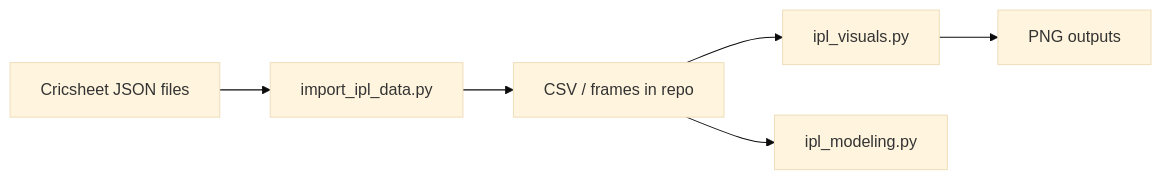
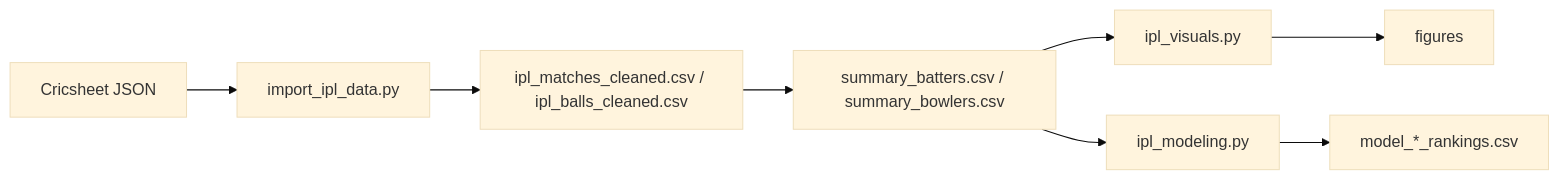
Before and after one commit to Aneesh495/ipl: the diagram in README.md, drawn with Mermaid (base theme). The commit also changed other lines of this file, not shown here.

Commit message:
Detail cleaned match tables, ranking outputs, and modeling stages

````diff
--- a/README.md
+++ b/README.md
@@ -9,8 +7,10 @@
 ```mermaid
 flowchart LR
-  JSON[Cricsheet JSON files] --> Import[import_ipl_data.py]
-  Import --> Tables[CSV / frames in repo]
-  Tables --> Viz[ipl_visuals.py]
-  Tables --> Model[ipl_modeling.py]
-  Viz --> Figures[PNG outputs]
+  JSON[Cricsheet JSON] --> Ingest[import_ipl_data.py]
+  Ingest --> Clean[ipl_matches_cleaned.csv / ipl_balls_cleaned.csv]
+  Clean --> Sum[summary_batters.csv / summary_bowlers.csv]
+  Sum --> Viz[ipl_visuals.py]
+  Sum --> ML[ipl_modeling.py]
+  Viz --> PNG[figures]
+  ML --> Rank[model_*_rankings.csv]
 ```
````
